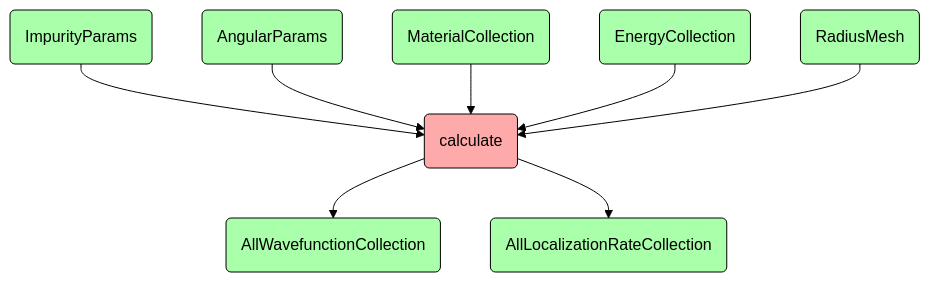
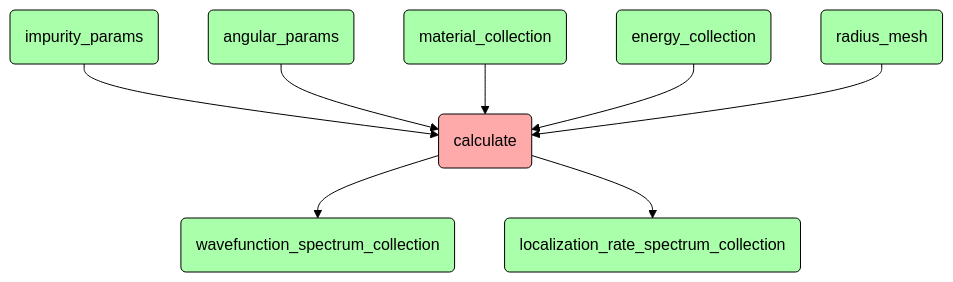
The first of 7 diagrams in 04_design_vision/design_vision.md (MaksimZh/hw), drawn with Mermaid (forest theme) before and after one commit. The commit also changed other lines of this file, not shown here.

````diff
--- a/04_design_vision/design_vision.md
+++ b/04_design_vision/design_vision.md
@@ -4,15 +67,15 @@
 ```mermaid
 graph TD;
-    imp(ImpurityParams) --> calc(calculate)
-    ang(AngularParams) --> calc
-    mat(MaterialCollection) --> calc
-    en(EnergyCollection) --> calc
-    rad(RadiusMesh) --> calc
-    calc --> wf(AllWavefunctionCollection)
-    calc --> lr(AllLocalizationRateCollection)
+    imp(impurity_params) --> calc(calculate)
+    ang(angular_params) --> calc
+    mat(material_collection) --> calc
+    en(energy_collection) --> calc
+    rad(radius_mesh) --> calc
+    calc --> wf(wavefunction_spectrum_collection)
+    calc --> lr(localization_rate_spectrum_collection)
 
     classDef proc fill:#faa, stroke:#000
     classDef data fill:#afa, stroke:#000
     class imp,ang,mat,en,rad,wf,lr data
     class calc proc
 ```
````
